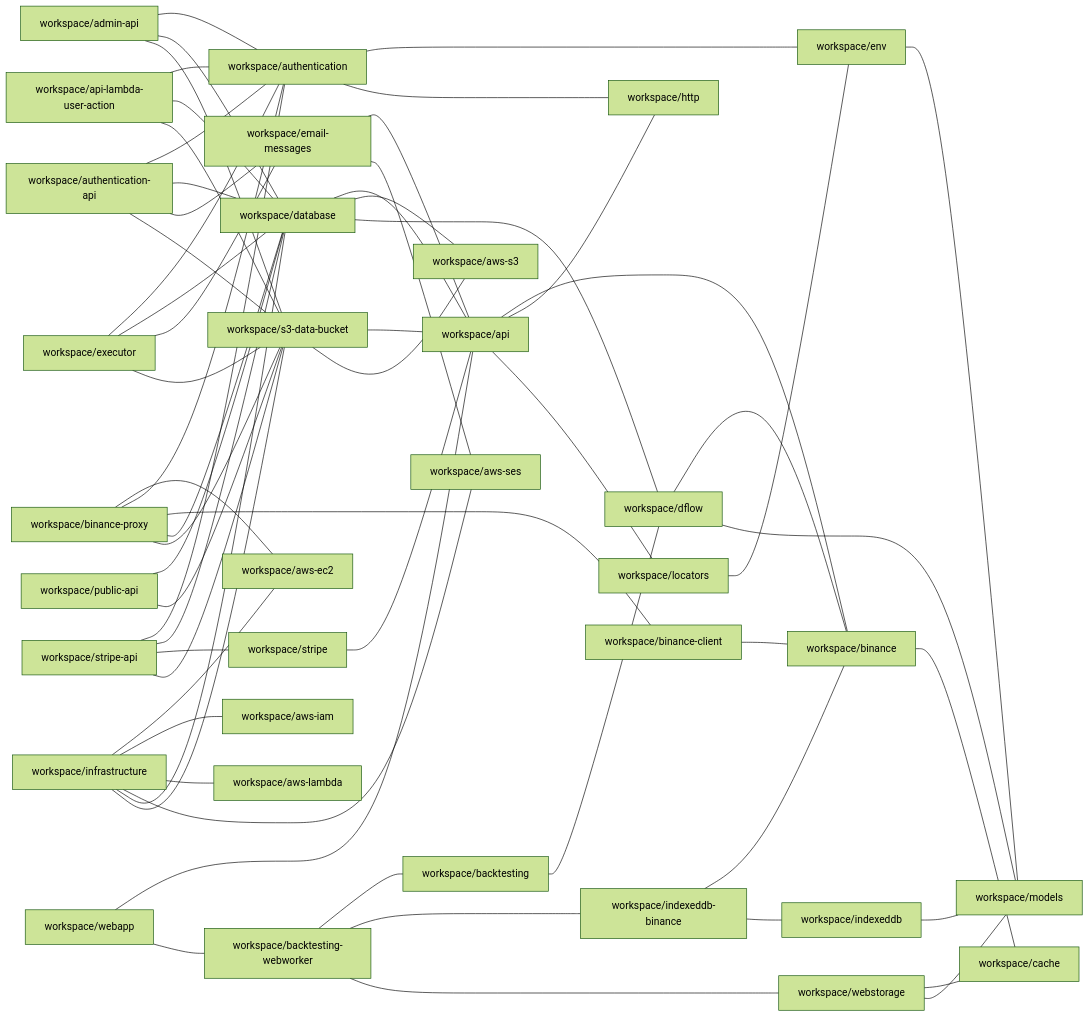
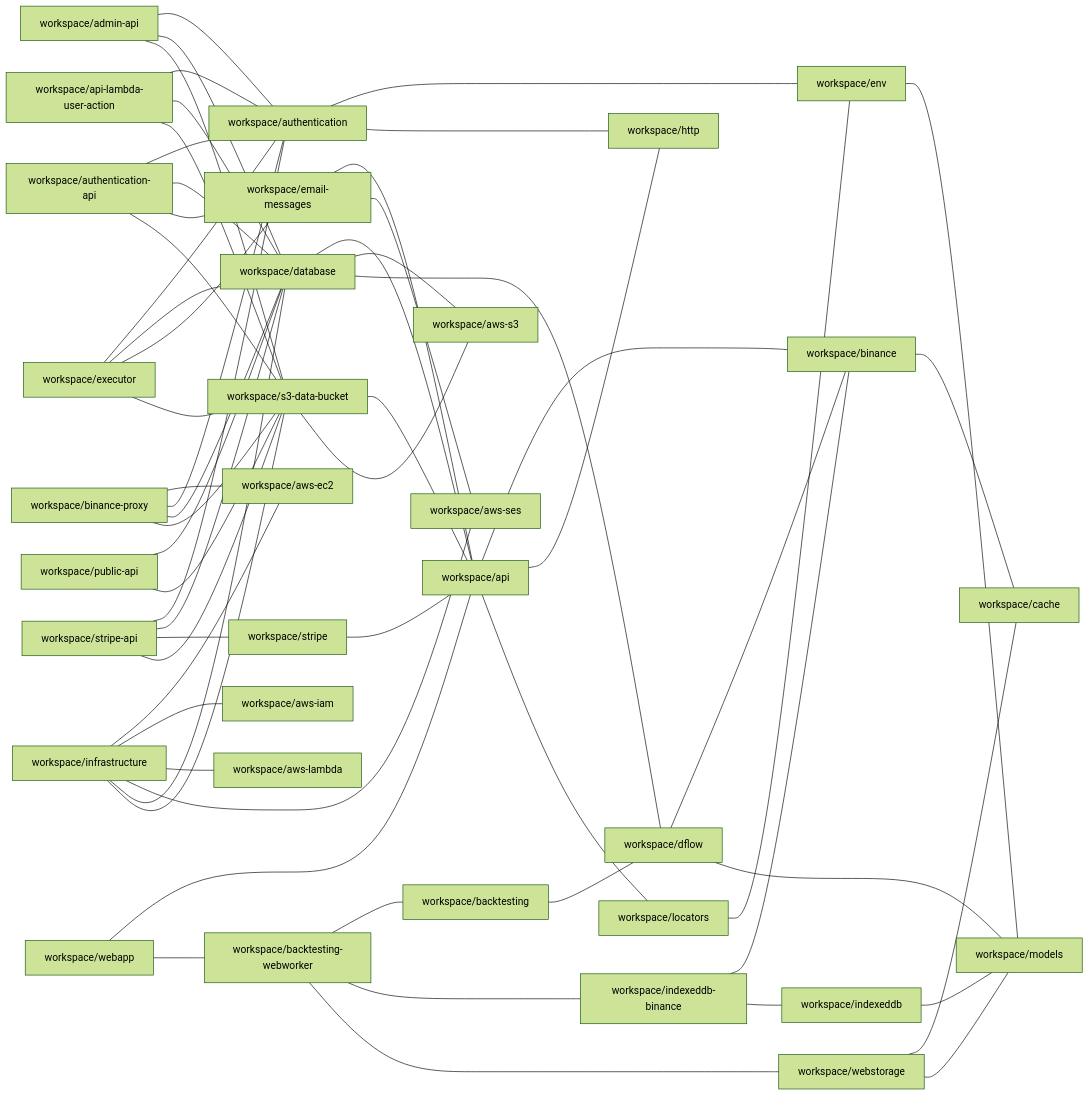
The diagram in repository/docs/npm-dependencies.md (ggbot-org/ggbot), drawn with Mermaid (forest theme) before and after one commit. The commit also changed 19 other files, not shown here.

Commit message:
remove binance-client workspace

````diff
--- a/repository/docs/npm-dependencies.md
+++ b/repository/docs/npm-dependencies.md
@@ -6,64 +6,62 @@
 ```mermaid
 graph LR
     workspace/admin-api --- workspace/authentication
     workspace/admin-api --- workspace/database
     workspace/admin-api --- workspace/s3-data-bucket
     workspace/api --- workspace/binance
     workspace/api --- workspace/http
     workspace/api --- workspace/locators
     workspace/api-lambda-user-action --- workspace/authentication
     workspace/api-lambda-user-action --- workspace/database
     workspace/api-lambda-user-action --- workspace/s3-data-bucket
     workspace/authentication --- workspace/env
     workspace/authentication --- workspace/http
     workspace/authentication-api --- workspace/authentication
     workspace/authentication-api --- workspace/database
     workspace/authentication-api --- workspace/email-messages
     workspace/authentication-api --- workspace/s3-data-bucket
     workspace/backtesting --- workspace/dflow
     workspace/backtesting-webworker --- workspace/backtesting
     workspace/backtesting-webworker --- workspace/indexeddb-binance
     workspace/backtesting-webworker --- workspace/webstorage
     workspace/binance --- workspace/cache
-    workspace/binance-client --- workspace/binance
     workspace/binance-proxy --- workspace/aws-ec2
     workspace/binance-proxy --- workspace/authentication
-    workspace/binance-proxy --- workspace/binance-client
     workspace/binance-proxy --- workspace/database
     workspace/binance-proxy --- workspace/s3-data-bucket
     workspace/database --- workspace/api
     workspace/database --- workspace/aws-s3
     workspace/database --- workspace/dflow
     workspace/dflow --- workspace/binance
     workspace/dflow --- workspace/models
     workspace/email-messages --- workspace/api
     workspace/email-messages --- workspace/aws-ses
     workspace/env --- workspace/models
     workspace/executor --- workspace/authentication
     workspace/executor --- workspace/database
     workspace/executor --- workspace/email-messages
     workspace/executor --- workspace/s3-data-bucket
     workspace/indexeddb --- workspace/models
     workspace/indexeddb-binance --- workspace/binance
     workspace/indexeddb-binance --- workspace/indexeddb
     workspace/infrastructure --- workspace/aws-ec2
     workspace/infrastructure --- workspace/aws-iam
     workspace/infrastructure --- workspace/aws-lambda
     workspace/infrastructure --- workspace/aws-ses
     workspace/infrastructure --- workspace/database
     workspace/infrastructure --- workspace/s3-data-bucket
     workspace/locators --- workspace/env
     workspace/public-api --- workspace/database
     workspace/public-api --- workspace/s3-data-bucket
     workspace/s3-data-bucket --- workspace/api
     workspace/s3-data-bucket --- workspace/aws-s3
     workspace/stripe --- workspace/api
     workspace/stripe-api --- workspace/authentication
     workspace/stripe-api --- workspace/database
     workspace/stripe-api --- workspace/stripe
     workspace/stripe-api --- workspace/s3-data-bucket
     workspace/webapp --- workspace/api
     workspace/webapp --- workspace/backtesting-webworker
     workspace/webstorage --- workspace/cache
     workspace/webstorage --- workspace/models
 ```
````
